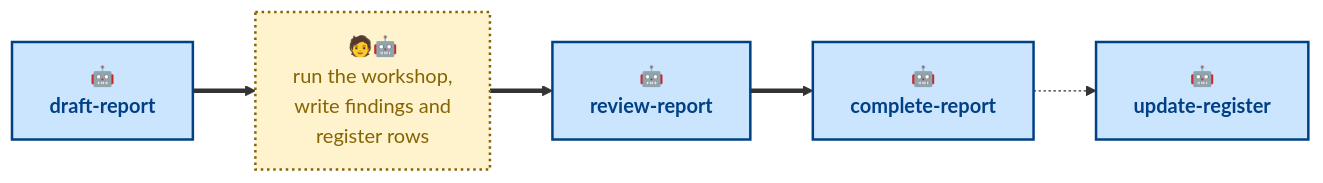
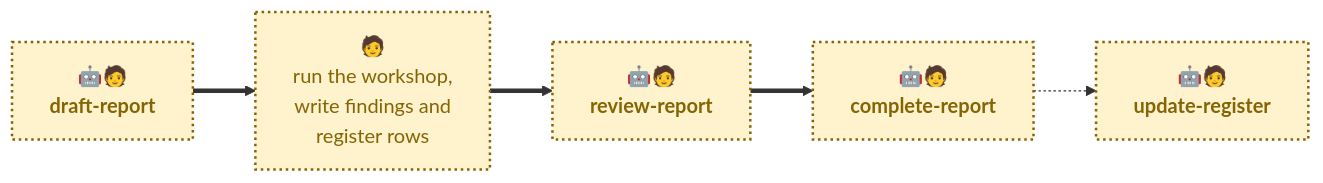
The diagram in .agents/skills/README.md (kieranpotts/risks), drawn with Mermaid before and after one commit. The commit also changed other lines of this file and 8 other files, not shown here.

````diff
--- a/.agents/skills/README.md
+++ b/.agents/skills/README.md
@@ -27,17 +31,17 @@
 ```mermaid
 flowchart LR
-  draft["🤖<br/><b>draft-report</b>"]:::agentic
-  workshop["🧑🤖<br/>run the workshop,<br/>write findings and<br/>register rows"]:::anthropic
-  review["🤖<br/><b>review-report</b>"]:::agentic
-  complete["🤖<br/><b>complete-report</b>"]:::agentic
-  update["🤖<br/><b>update-register</b>"]:::agentic
+  draft["🤖🧑<br/><b>draft-report</b>"]:::anthropic
+  workshop["🧑<br/>run the workshop,<br/>write findings and<br/>register rows"]:::anthropic
+  review["🤖🧑<br/><b>review-report</b>"]:::anthropic
+  complete["🤖🧑<br/><b>complete-report</b>"]:::anthropic
+  update["🤖🧑<br/><b>update-register</b>"]:::anthropic
 
   draft ==> workshop
   workshop ==> review
   review ==> complete
   complete -.-> update
 
   classDef agentic fill:#cce5ff,stroke:#004085,color:#004085,stroke-width:2px
   classDef scripted fill:#e2e3e5,stroke:#4b5157,color:#383d41,stroke-width:2px
   classDef anthropic fill:#fff3cd,stroke:#856404,color:#856404,stroke-width:2px,stroke-dasharray:2 3
 ```
````
